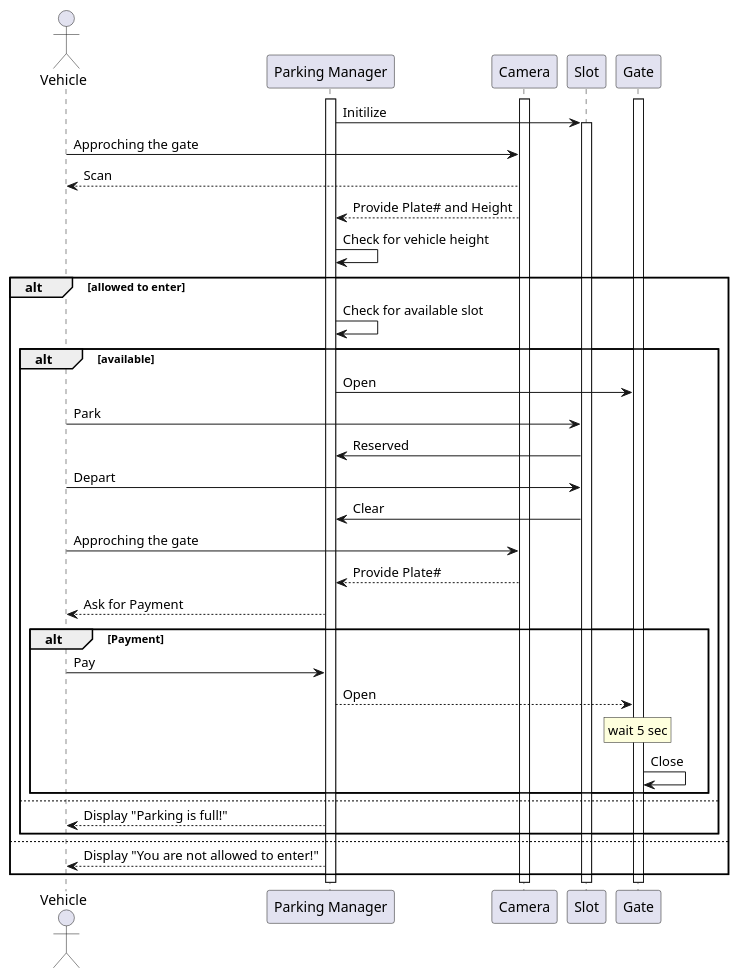
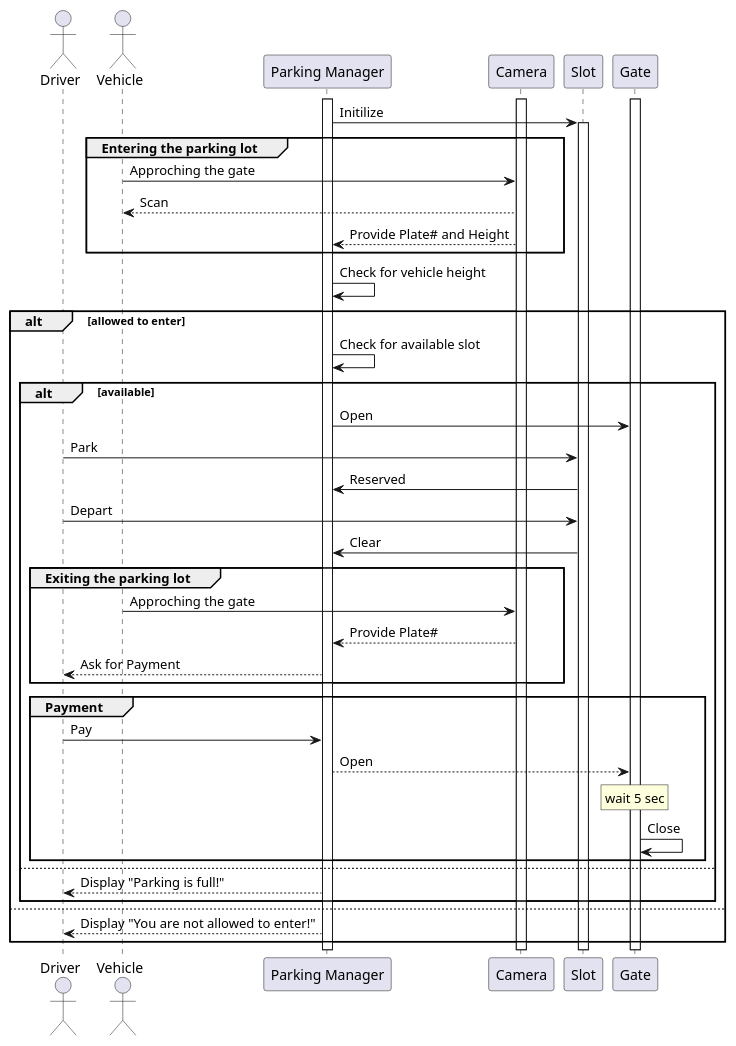
Before and after one commit to nsr07/css555-parking-lot: the diagram in sequence.puml, drawn with PlantUML. The commit also changed 1 other file, not shown here.

Commit message:
Change class.puml to usecase.puml + add Driver to sequence diagram

```diff
--- a/sequence.puml
+++ b/sequence.puml
@@ -1,57 +1,59 @@
 @startuml "Parking Lot: Sequence Diagram"
 
+actor Driver
 actor Vehicle
 participant "Parking Manager" as M
 participant Camera as C
 participant Slot as S
 participant Gate as G
 
 activate M
 activate C
 activate G
 
 
 M -> S : Initilize
 activate S
 
+group Entering the parking lot
 Vehicle -> C : Approching the gate
 C --> Vehicle : Scan 
 C --> M : Provide Plate# and Height
-
+end
 
 M -> M : Check for vehicle height
 alt allowed to enter
 
 M -> M : Check for available slot
 alt available 
 
 M -> G : Open
 
-Vehicle -> S: Park
+Driver -> S: Park
 S -> M: Reserved
-Vehicle -> S: Depart
+Driver -> S: Depart
 S-> M: Clear
 
+group Exiting the parking lot
 Vehicle -> C: Approching the gate
+C --> M: Provide Plate#
+M --> Driver: Ask for Payment
+end
 
-C --> M: Provide Plate#
-
-M --> Vehicle: Ask for Payment
-
-alt Payment
-Vehicle -> M: Pay
+group Payment
+Driver -> M: Pay
 M --> G: Open
 rnote over G: wait 5 sec
 G -> G: Close
 end
 
 else 
-M --> Vehicle: Display "Parking is full!"
+M --> Driver: Display "Parking is full!"
 end 
 
 else 
-M --> Vehicle: Display "You are not allowed to enter!"
+M --> Driver: Display "You are not allowed to enter!"
 
 end
 
 @enduml
```
